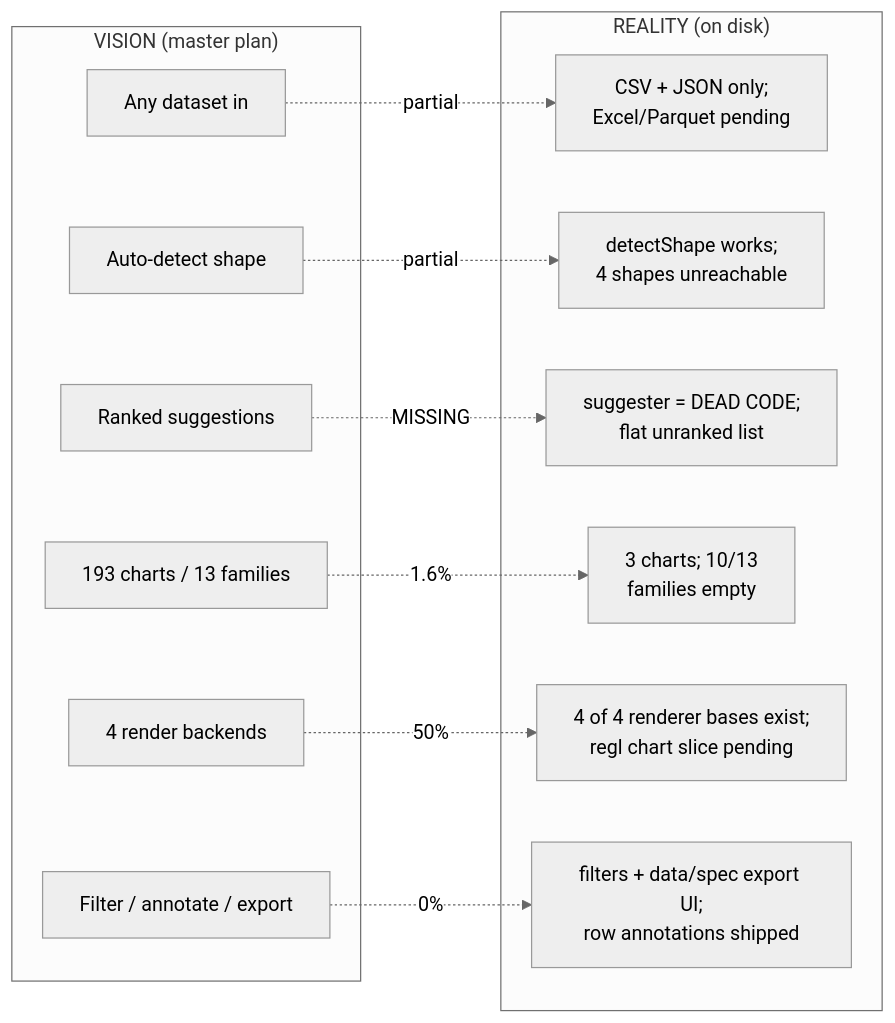
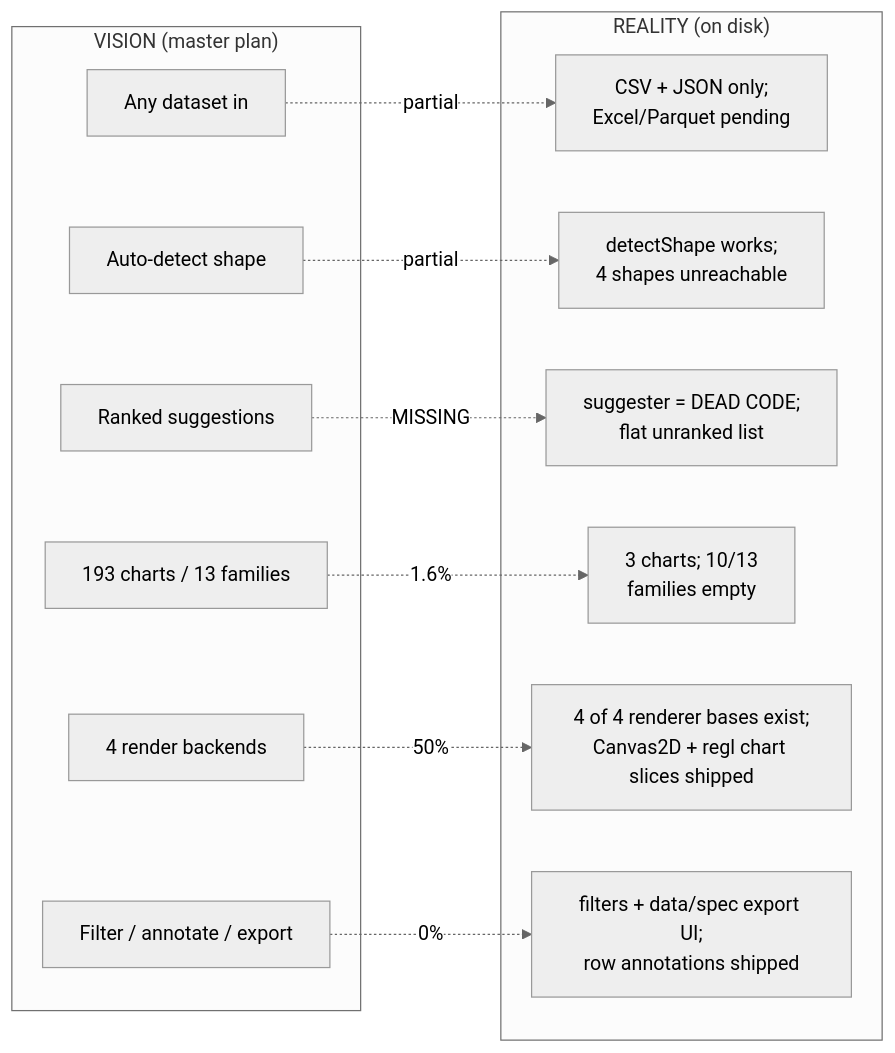
Before and after one commit to amrambouskila/business-intelligence: the first of 3 diagrams in docs/EXECUTION_ROADMAP.md, drawn with Mermaid (neutral theme). The commit also changed other lines of this file and 6 other files, not shown here.

````diff
--- a/docs/EXECUTION_ROADMAP.md
+++ b/docs/EXECUTION_ROADMAP.md
@@ -33,25 +33,25 @@
 ```mermaid
 graph LR
     subgraph Vision["VISION (master plan)"]
         V1[Any dataset in]
         V2[Auto-detect shape]
         V3[Ranked suggestions]
         V4[193 charts / 13 families]
         V5[4 render backends]
         V6[Filter / annotate / export]
     end
     subgraph Reality["REALITY (on disk)"]
         R1[CSV + JSON only;<br/>Excel/Parquet pending]
         R2[detectShape works;<br/>4 shapes unreachable]
         R3[suggester = DEAD CODE;<br/>flat unranked list]
         R4[3 charts; 10/13<br/>families empty]
-        R5[4 of 4 renderer bases exist;<br/>regl chart slice pending]
+        R5[4 of 4 renderer bases exist;<br/>Canvas2D + regl chart slices shipped]
         R6[filters + data/spec export UI;<br/>row annotations shipped]
     end
     V1 -.->|partial| R1
     V2 -.->|partial| R2
     V3 -.->|MISSING| R3
     V4 -.->|1.6%| R4
     V5 -.->|50%| R5
     V6 -.->|0%| R6
 ```
````
